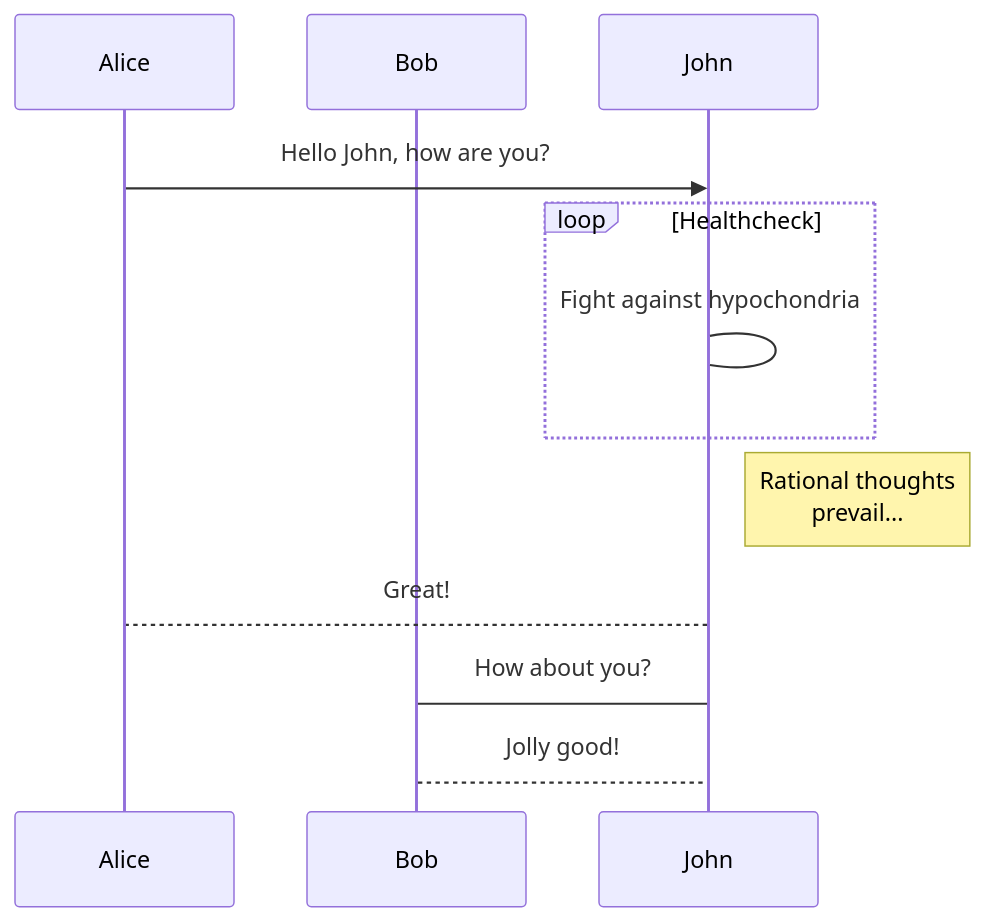
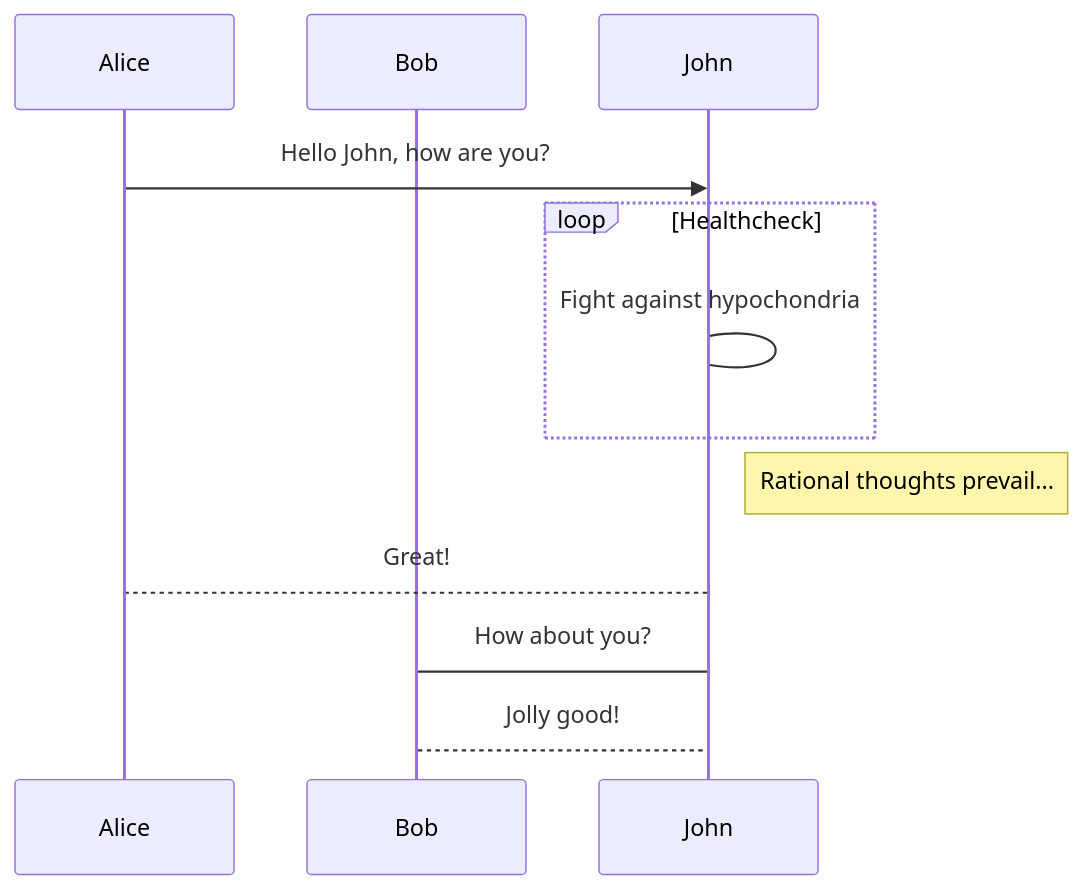
Before and after one commit to mattstruble/hugo-theme-catpuccin: the second of 10 diagrams in content/blog/shortcodes.md, drawn with Mermaid. The commit also changed other lines of this file, not shown here.

Commit message:
chore(shortcodes): show proper mermaid code in codeblocks

```diff
--- a/content/blog/shortcodes.md
+++ b/content/blog/shortcodes.md
@@ -108,13 +115,13 @@
 {{< mermaid >}}
 sequenceDiagram
     participant Alice
     participant Bob
     Alice->>John: Hello John, how are you?
     loop Healthcheck
         John->John: Fight against hypochondria
     end
-    Note right of John: Rational thoughts <br/>prevail...
+    Note right of John: Rational thoughts prevail...
     John-->Alice: Great!
     John->Bob: How about you?
     Bob-->John: Jolly good!
 {{< /mermaid >}}
```
